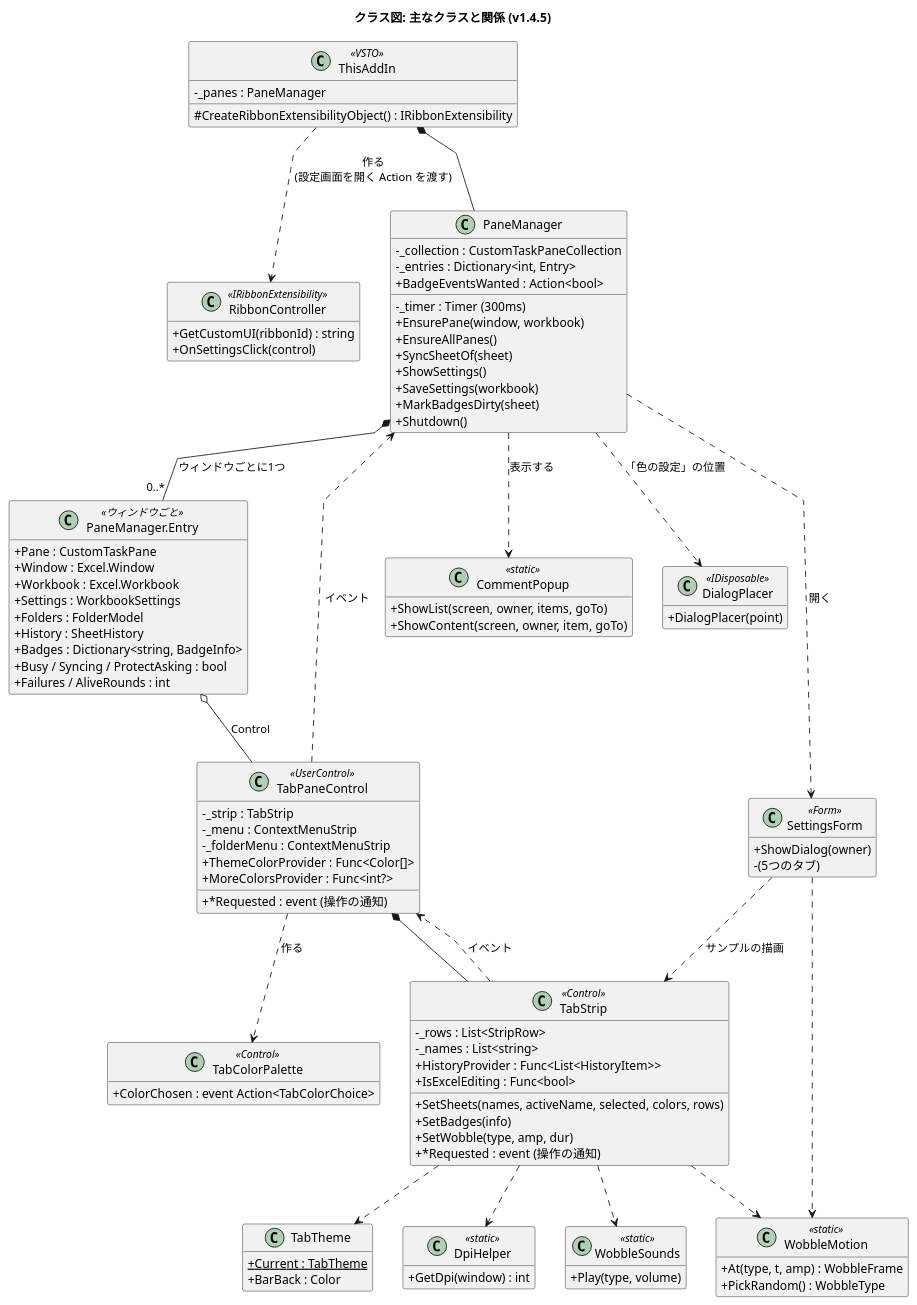
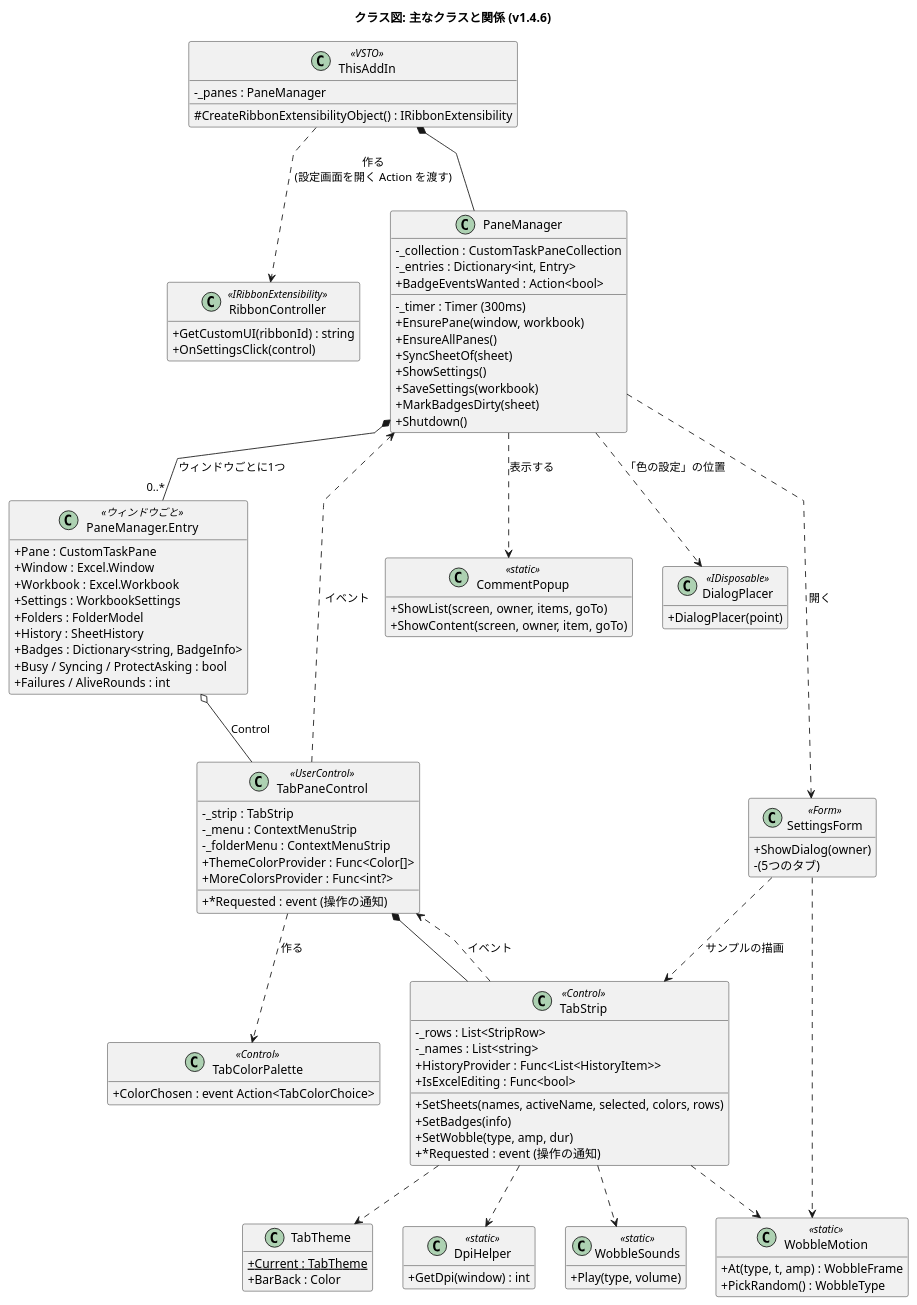
One commit to nk-taka623/VerticalSheetTabs changed the diagram in docs/class-structure.puml. Above: the diagram before and after it, drawn with PlantUML. The commit also changed 14 other files, not shown here.

Commit message:
v1.4.6 にする (バージョン、README の変更点、設計図の版数)

```diff
--- a/docs/class-structure.puml
+++ b/docs/class-structure.puml
@@ -1,117 +1,117 @@
 @startuml
-title クラス図: 主なクラスと関係 (v1.4.5)
+title クラス図: 主なクラスと関係 (v1.4.6)
 skinparam shadowing false
 skinparam classAttributeIconSize 0
 skinparam linetype polyline
 hide empty members
 
 class ThisAddIn <<VSTO>> {
   -_panes : PaneManager
   #CreateRibbonExtensibilityObject() : IRibbonExtensibility
 }
 
 class RibbonController <<IRibbonExtensibility>> {
   +GetCustomUI(ribbonId) : string
   +OnSettingsClick(control)
 }
 
 class PaneManager {
   -_collection : CustomTaskPaneCollection
   -_entries : Dictionary<int, Entry>
   -_timer : Timer (300ms)
   +BadgeEventsWanted : Action<bool>
   +EnsurePane(window, workbook)
   +EnsureAllPanes()
   +SyncSheetOf(sheet)
   +ShowSettings()
   +SaveSettings(workbook)
   +MarkBadgesDirty(sheet)
   +Shutdown()
 }
 
 class "PaneManager.Entry" as Entry <<ウィンドウごと>> {
   +Pane : CustomTaskPane
   +Window : Excel.Window
   +Workbook : Excel.Workbook
   +Settings : WorkbookSettings
   +Folders : FolderModel
   +History : SheetHistory
   +Badges : Dictionary<string, BadgeInfo>
   +Busy / Syncing / ProtectAsking : bool
   +Failures / AliveRounds : int
 }
 
 class TabPaneControl <<UserControl>> {
   -_strip : TabStrip
   -_menu : ContextMenuStrip
   -_folderMenu : ContextMenuStrip
   +ThemeColorProvider : Func<Color[]>
   +MoreColorsProvider : Func<int?>
   +*Requested : event (操作の通知)
 }
 
 class TabStrip <<Control>> {
   -_rows : List<StripRow>
   -_names : List<string>
   +SetSheets(names, activeName, selected, colors, rows)
   +SetBadges(info)
   +SetWobble(type, amp, dur)
   +*Requested : event (操作の通知)
   +HistoryProvider : Func<List<HistoryItem>>
   +IsExcelEditing : Func<bool>
 }
 
 class TabColorPalette <<Control>> {
   +ColorChosen : event Action<TabColorChoice>
 }
 
 class SettingsForm <<Form>> {
   +ShowDialog(owner)
   -(5つのタブ)
 }
 
 class CommentPopup <<static>> {
   +ShowList(screen, owner, items, goTo)
   +ShowContent(screen, owner, item, goTo)
 }
 
 class DialogPlacer <<IDisposable>> {
   +DialogPlacer(point)
 }
 
 class TabTheme {
   +Current : TabTheme {static}
   +BarBack : Color
 }
 
 class DpiHelper <<static>> {
   +GetDpi(window) : int
 }
 
 class WobbleMotion <<static>> {
   +At(type, t, amp) : WobbleFrame
   +PickRandom() : WobbleType
 }
 
 class WobbleSounds <<static>> {
   +Play(type, volume)
 }
 
 ThisAddIn *-- PaneManager
 ThisAddIn ..> RibbonController : 作る\n(設定画面を開く Action を渡す)
 PaneManager *-- "0..*" Entry : ウィンドウごとに1つ
 Entry o-- TabPaneControl : Control
 TabPaneControl *-- TabStrip
 TabPaneControl ..> TabColorPalette : 作る
 TabStrip ..> TabPaneControl : イベント
 TabPaneControl ..> PaneManager : イベント
 PaneManager ..> SettingsForm : 開く
 PaneManager ..> CommentPopup : 表示する
 PaneManager ..> DialogPlacer : 「色の設定」の位置
 SettingsForm ..> TabStrip : サンプルの描画
 TabStrip ..> TabTheme
 TabStrip ..> DpiHelper
 TabStrip ..> WobbleMotion
 TabStrip ..> WobbleSounds
 SettingsForm ..> WobbleMotion
 @enduml
```
